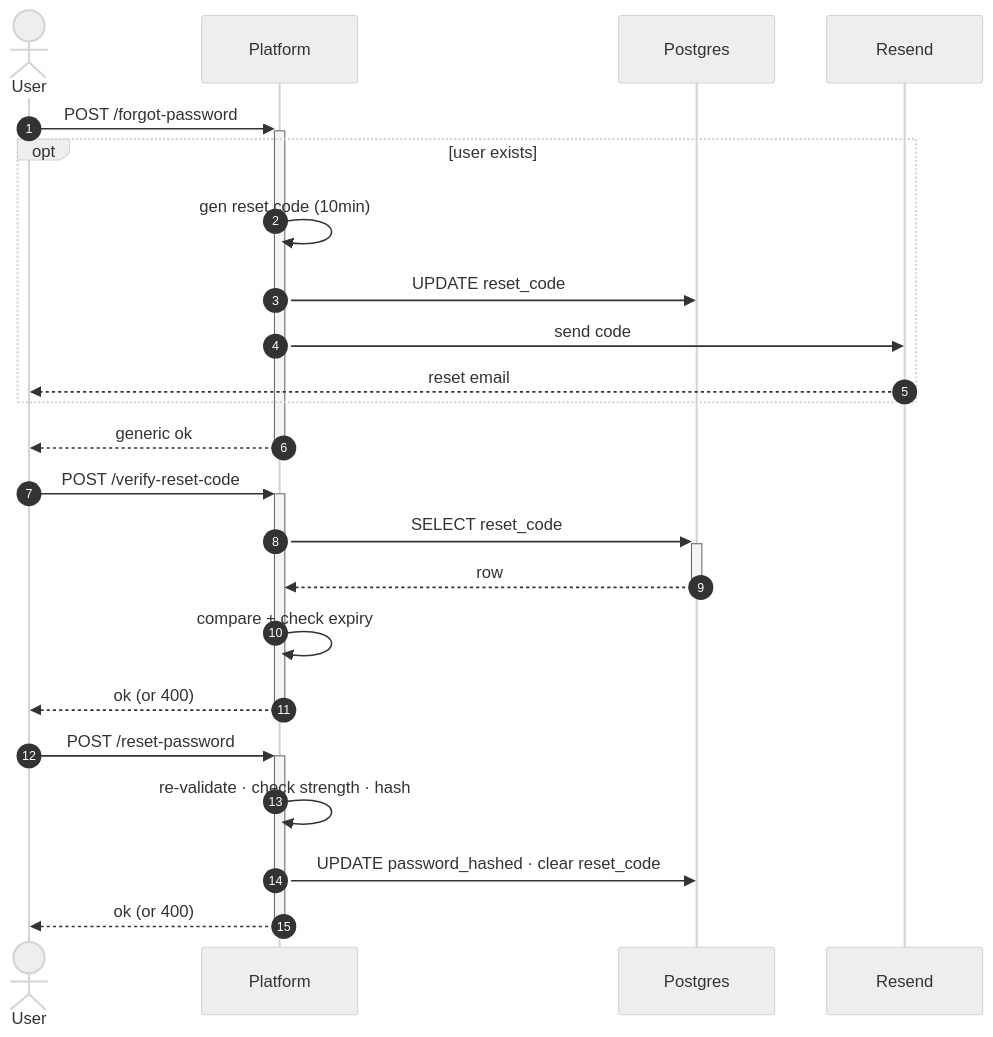
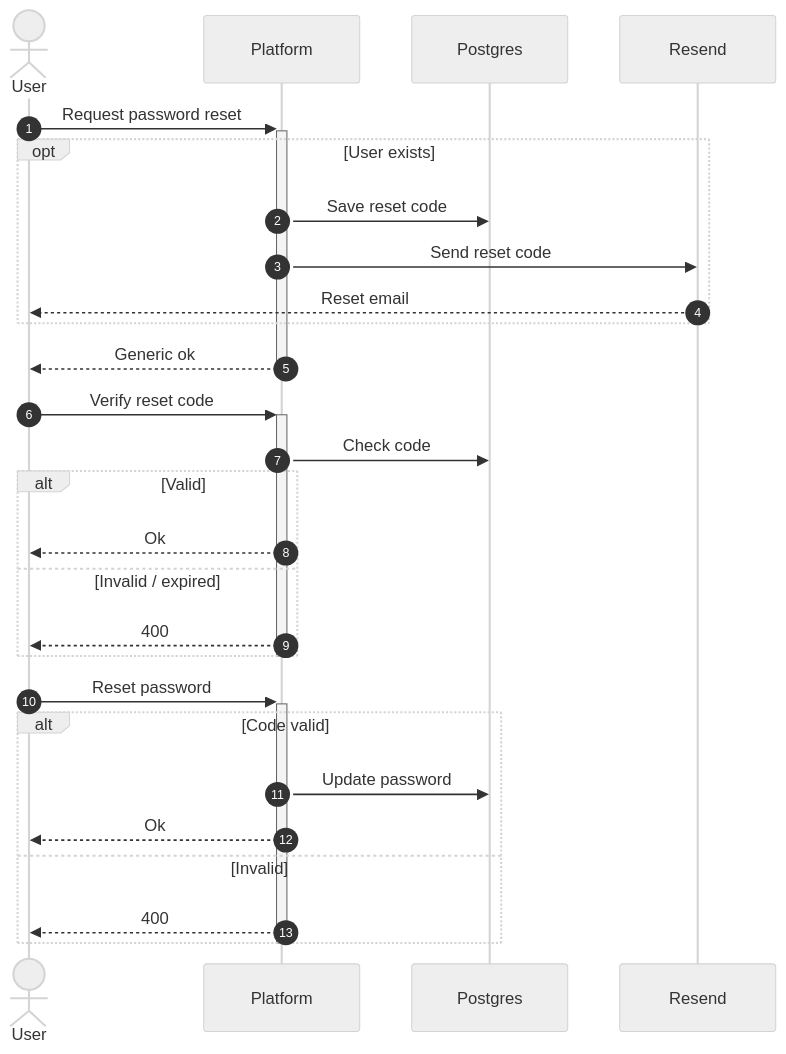
Before and after one commit to MohamedChebbi123/teamnest: the third of 16 diagrams in docs/SEQUENCE_DIAGRAMS.md, drawn with Mermaid (neutral theme). The commit also changed other lines of this file, not shown here.

````diff
--- a/docs/SEQUENCE_DIAGRAMS.md
+++ b/docs/SEQUENCE_DIAGRAMS.md
@@ -84,28 +100,34 @@
 ```mermaid
 sequenceDiagram
     autonumber
     actor User
     participant API as Platform
     participant DB as Postgres
     participant Mail as Resend
 
-    User->>+API: POST /forgot-password
-    opt user exists
-        API->>API: gen reset code (10min)
-        API->>DB: UPDATE reset_code
-        API->>Mail: send code
-        Mail-->>User: reset email
+    User->>+API: Request password reset
+    opt User exists
+        API->>DB: Save reset code
+        API->>Mail: Send reset code
+        Mail-->>User: Reset email
     end
-    API-->>-User: generic ok
+    API-->>-User: Generic ok
 
-    User->>+API: POST /verify-reset-code
-    API->>+DB: SELECT reset_code
-    DB-->>-API: row
-    API->>API: compare + check expiry
-    API-->>-User: ok (or 400)
+    User->>+API: Verify reset code
+    API->>DB: Check code
+    alt Valid
+        API-->>User: Ok
+    else Invalid / expired
+        API-->>User: 400
+    end
+    deactivate API
 
-    User->>+API: POST /reset-password
-    API->>API: re-validate · check strength · hash
-    API->>DB: UPDATE password_hashed · clear reset_code
-    API-->>-User: ok (or 400)
+    User->>+API: Reset password
+    alt Code valid
+        API->>DB: Update password
+        API-->>User: Ok
+    else Invalid
+        API-->>User: 400
+    end
+    deactivate API
 ```
````
